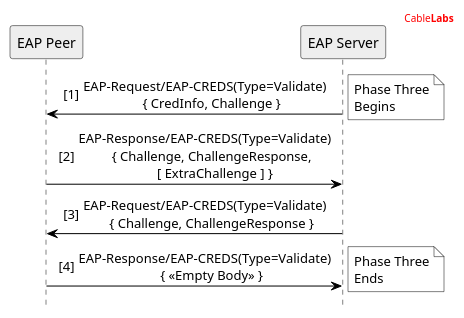
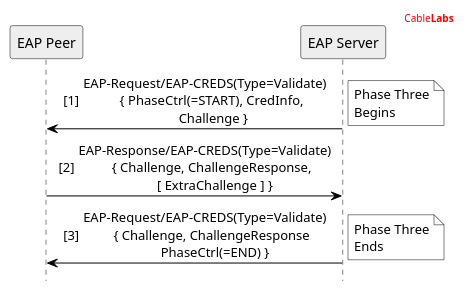
The diagram in UML/EAP-CREDS Phase Three Flow.puml (openca/eap-creds), drawn with PlantUML before and after one commit. The commit also changed 8 other files, not shown here.

```diff
--- a/UML/EAP-CREDS Phase Three Flow.puml
+++ b/UML/EAP-CREDS Phase Three Flow.puml
@@ -2,40 +2,39 @@
 @startuml
 
 '' header information
 header
 <font color="red">Cable<b>Labs</b></font>
 endheader
 
 '' Use this to hide the foot boxes
 hide footbox
 
 skinparam sequenceMessageAlign center
 skinparam NoteBorderColor black
 '' skinparam BackgroundColor #ddd
 
 skinparam sequence {
 	borderColor black
 	ArrowColor black
 	ActorBorderColor black
 	ParticipantBorderColor black
 	LifeLineBorderColor black
 	LifeLineBackgroundColor white
 }
 
 '' Participants Declaration
 Participant "EAP Peer" as P #eee
 Participant "EAP Server" as S #eee
 
 autonumber 1 "[##]"
-S->P: EAP-Request/EAP-CREDS(Type=Validate)\n    { CredInfo, Challenge }
+S->P: EAP-Request/EAP-CREDS(Type=Validate)\n    { PhaseCtrl(=START), CredInfo,\n     Challenge }
 note right #fff: Phase Three\nBegins
 
 P->S: EAP-Response/EAP-CREDS(Type=Validate)\n    { Challenge, ChallengeResponse,\n      [ ExtraChallenge ] }
 
-S->P: EAP-Request/EAP-CREDS(Type=Validate)\n    { Challenge, ChallengeResponse }
+S->P: EAP-Request/EAP-CREDS(Type=Validate)\n    { Challenge, ChallengeResponse\n      PhaseCtrl(=END) }
 
-P->S: EAP-Response/EAP-CREDS(Type=Validate)\n    { << Empty Body >> }
 note right #fff: Phase Three\nEnds
 
 
 @enduml
```
